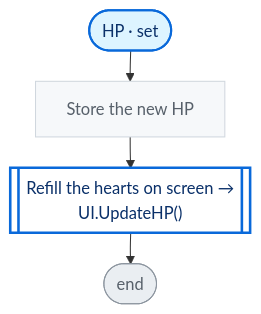
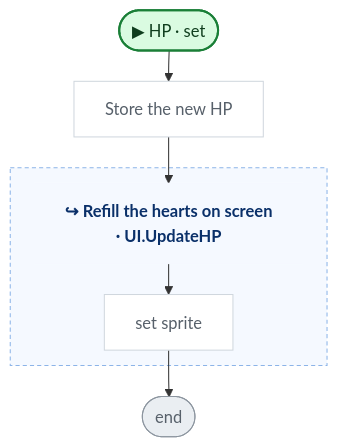
One commit to nataiai/Lord-of-the-Dungeon changed the sixth of 15 diagrams in CodeGraph~/graph/Player.cs.md. Above: the diagram before and after it, drawn with Mermaid. The commit also changed other lines of this file and 44 other files, not shown here.

````diff
--- a/CodeGraph~/graph/Player.cs.md
+++ b/CodeGraph~/graph/Player.cs.md
@@ -287,31 +302,42 @@
 ```mermaid
 ---
 config:
   flowchart:
     wrappingWidth: 260
     nodeSpacing: 26
     rankSpacing: 30
 ---
 flowchart TD
-  nS(["HP · set"])
+  nS(["▶ HP · set"])
   n4250c3["Store the new HP"]
-  n737072[["Refill the hearts on screen →<br>UI.UpdateHP()"]]
+  n737072_h["↪ Refill the hearts on screen<br>· UI.UpdateHP"]
+  n737072_nafbf9f["set sprite"]
   nE(["end"])
+  subgraph n737072_g[" "]
+    n737072_h
+    n737072_nafbf9f
+  end
+  style n737072_g fill:#f5f9ff,stroke:#8cb4e8,stroke-dasharray:4 3,color:#0a3069
   nS --> n4250c3
-  n4250c3 --> n737072
-  n737072 --> nE
-  classDef unity fill:#fff1c2,stroke:#9a6700,stroke-width:2px,color:#3b2300
-  classDef start fill:#ddf4ff,stroke:#0969da,stroke-width:2px,color:#0a3069
-  classDef calc fill:#f6f8fa,stroke:#d0d7de,color:#57606a
-  classDef calls fill:#ffffff,stroke:#0969da,stroke-width:2.5px,color:#0a3069
-  classDef cond fill:#ffffff,stroke:#6e7781,stroke-width:1.5px,color:#1f2328
-  classDef loop fill:#fbefff,stroke:#8250df,color:#3e1f79
-  classDef exit fill:#eaeef2,stroke:#57606a,color:#24292f
-  classDef wait fill:#fff8f0,stroke:#bc4c00,color:#4d1d00
+  n4250c3 --> n737072_h
+  n737072_h --> n737072_nafbf9f
+  n737072_nafbf9f --> nE
+  classDef unity fill:#dafbe1,stroke:#1a7f37,stroke-width:2px,color:#0f3d1d
+  classDef start fill:#dafbe1,stroke:#1a7f37,stroke-width:2px,color:#0f3d1d
+  classDef calc fill:#ffffff,stroke:#d0d7de,color:#57606a
+  classDef calls fill:#ddf4ff,stroke:#0969da,stroke-width:2px,color:#0a3069
+  classDef ext fill:#ddf4ff,stroke:#0969da,stroke-width:2px,stroke-dasharray:5 3,color:#0a3069
+  classDef cond fill:#fff8c5,stroke:#bf8700,stroke-width:1.5px,color:#3d2a00
+  classDef loop fill:#f6f8fa,stroke:#57606a,color:#1f2328
+  classDef exit fill:#ffebe9,stroke:#cf222e,color:#82071e
+  classDef kill fill:#ffebe9,stroke:#cf222e,stroke-width:2px,color:#82071e
+  classDef spawn fill:#dafbe1,stroke:#1a7f37,stroke-width:2px,color:#0f3d1d
+  classDef wait fill:#fff1e5,stroke:#bc4c00,color:#4d1d00
   classDef fin fill:#eaeef2,stroke:#8c959f,color:#57606a
   classDef join fill:#d0d7de,stroke:#8c959f,color:#57606a
-  class n4250c3 calc
-  class n737072 calls
+  classDef ghdr fill:#f5f9ff,stroke:#f5f9ff,color:#0a3069,font-weight:bold
+  class n4250c3,n737072_nafbf9f calc
   class nE fin
+  class n737072_h ghdr
   class nS start
 ```
````
